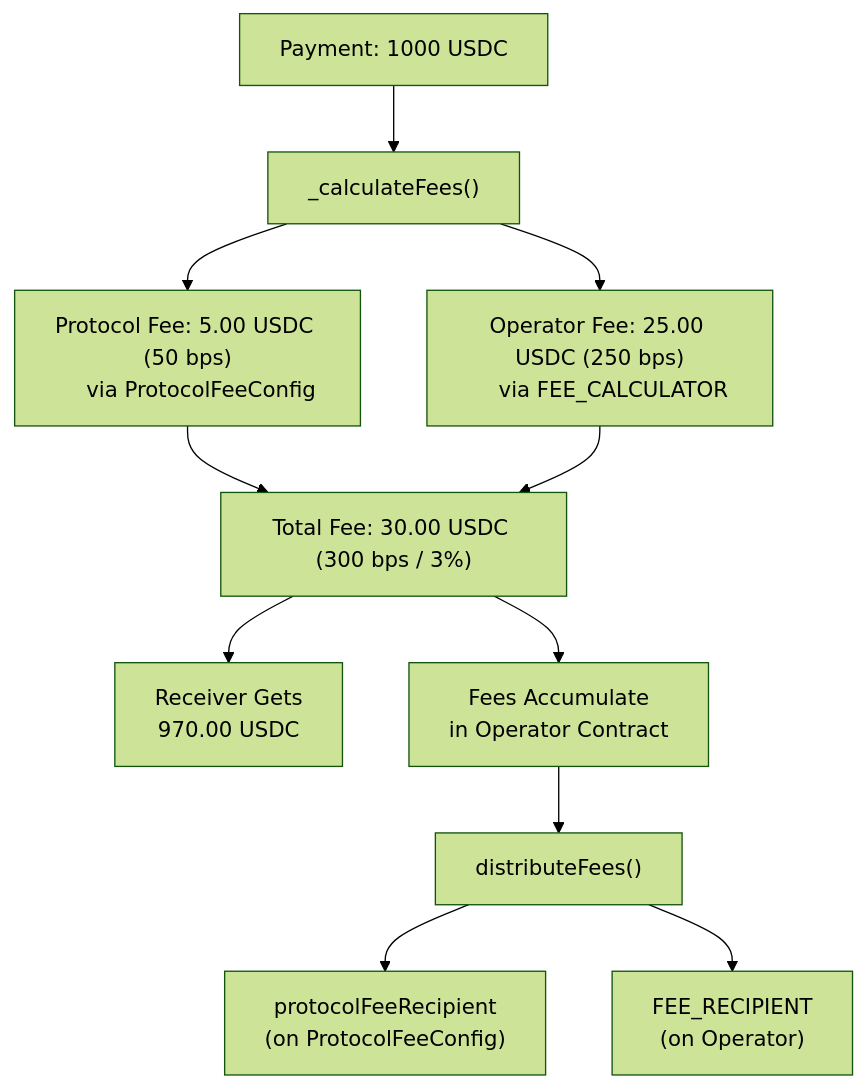
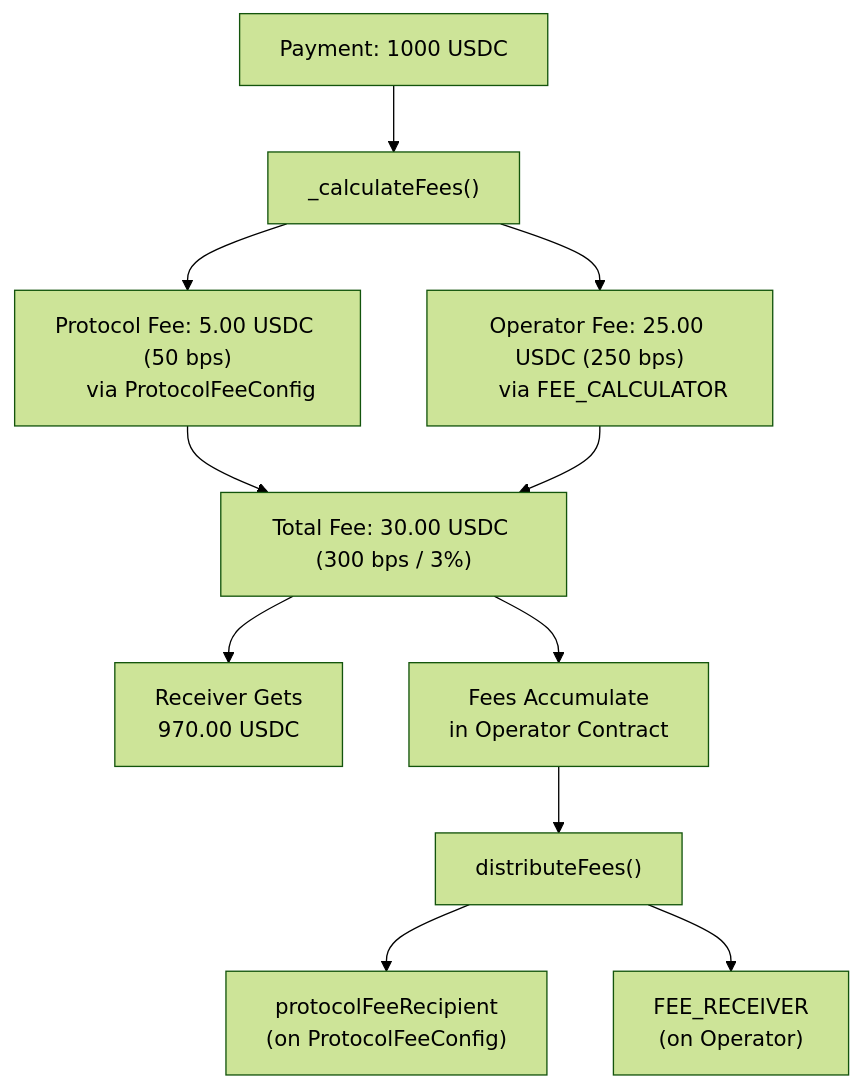
Before and after one commit to BackTrackCo/docs: the diagram in contracts/fees.mdx, drawn with Mermaid (forest theme). The commit also changed other lines of this file and 78 other files, not shown here.

````diff
--- a/contracts/fees.mdx
+++ b/contracts/fees.mdx
@@ -13,19 +13,19 @@
 ```mermaid
 flowchart TD
     P["Payment: 1000 USDC"] --> CALC["_calculateFees()"]
     CALC --> PF["Protocol Fee: 5.00 USDC (50 bps)
     via ProtocolFeeConfig"]
     CALC --> OF["Operator Fee: 25.00 USDC (250 bps)
     via FEE_CALCULATOR"]
     PF --> TF["Total Fee: 30.00 USDC (300 bps / 3%)"]
     OF --> TF
     TF --> REC["Receiver Gets
     970.00 USDC"]
     TF --> ACC["Fees Accumulate
     in Operator Contract"]
     ACC --> DIST["distributeFees()"]
     DIST --> PR["protocolFeeRecipient
     (on ProtocolFeeConfig)"]
-    DIST --> FR["FEE_RECIPIENT
+    DIST --> FR["FEE_RECEIVER
     (on Operator)"]
 ```
````
